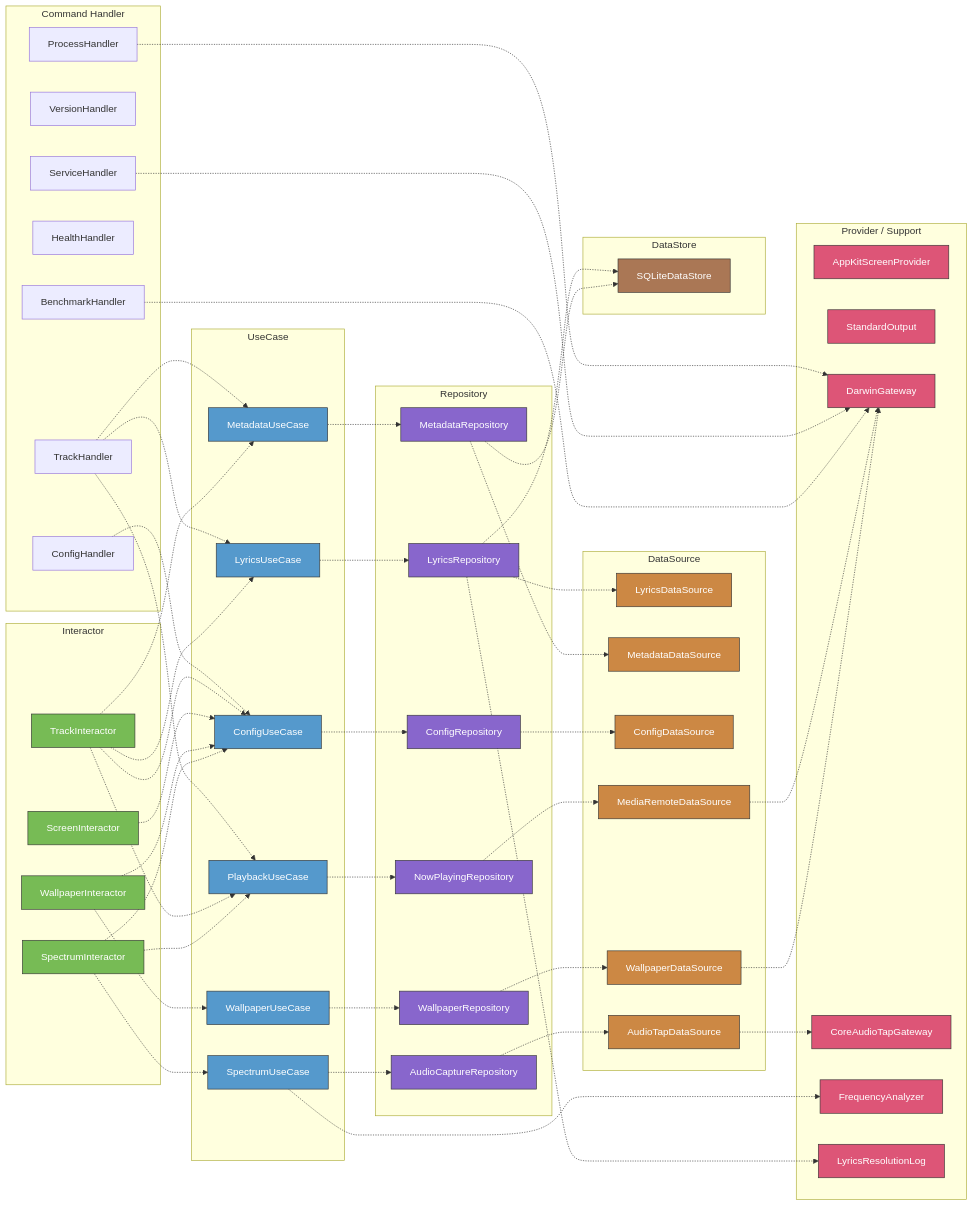
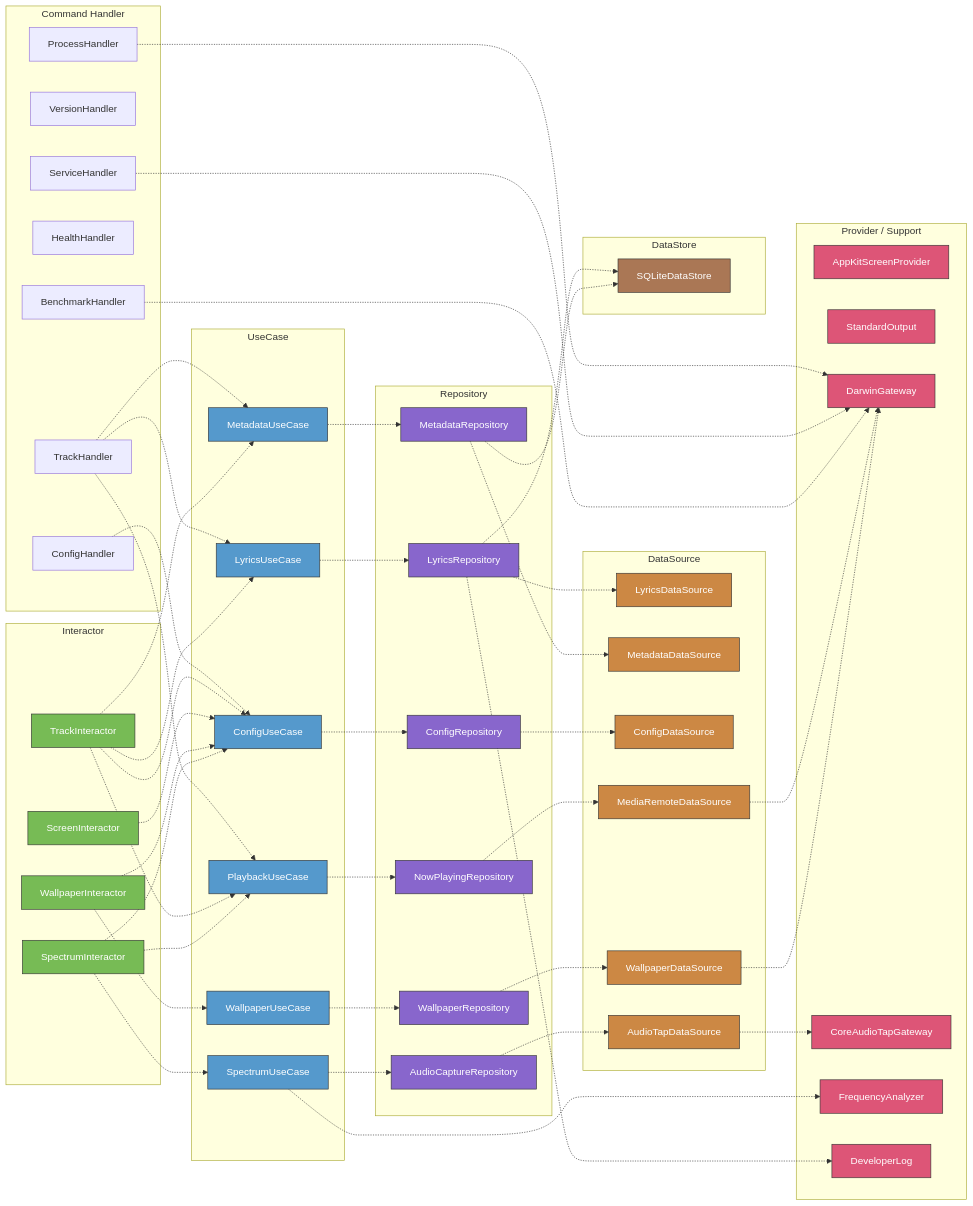
Before and after one commit to GeneralD/lyra: the second of 3 diagrams in docs/ARCHITECTURE.md, drawn with Mermaid. The commit also changed other lines of this file and 7 other files, not shown here.

First line of the commit message:
refactor(#331): LyricsResolutionLog を汎用 DeveloperLog に一般化

````diff
--- a/docs/ARCHITECTURE.md
+++ b/docs/ARCHITECTURE.md
@@ -145,7 +145,7 @@
         DarwinGateway[DarwinGateway]
         CoreAudioTapGateway[CoreAudioTapGateway]
         FrequencyAnalyzer[FrequencyAnalyzer]
-        LyricsResolutionLog[LyricsResolutionLog]
+        DeveloperLog[DeveloperLog]
     end
 
     subgraph DataStore
@@ -169,7 +169,7 @@
     PlaybackUseCase -.-> NowPlayingRepository
     NowPlayingRepository -.-> MediaRemoteDataSource
     LyricsUseCase -.-> LyricsRepository
-    LyricsRepository -.-> LyricsDataSource & SQLiteDataStore & LyricsResolutionLog
+    LyricsRepository -.-> LyricsDataSource & SQLiteDataStore & DeveloperLog
     MetadataUseCase -.-> MetadataRepository
     MetadataRepository -.-> MetadataDataSource & SQLiteDataStore
     WallpaperUseCase -.-> WallpaperRepository
@@ -205,6 +205,6 @@
     style DarwinGateway fill:#d57,stroke:#333,color:#fff
     style CoreAudioTapGateway fill:#d57,stroke:#333,color:#fff
     style FrequencyAnalyzer fill:#d57,stroke:#333,color:#fff
-    style LyricsResolutionLog fill:#d57,stroke:#333,color:#fff
+    style DeveloperLog fill:#d57,stroke:#333,color:#fff
     style SQLiteDataStore fill:#a75,stroke:#333,color:#fff
 ```
````
